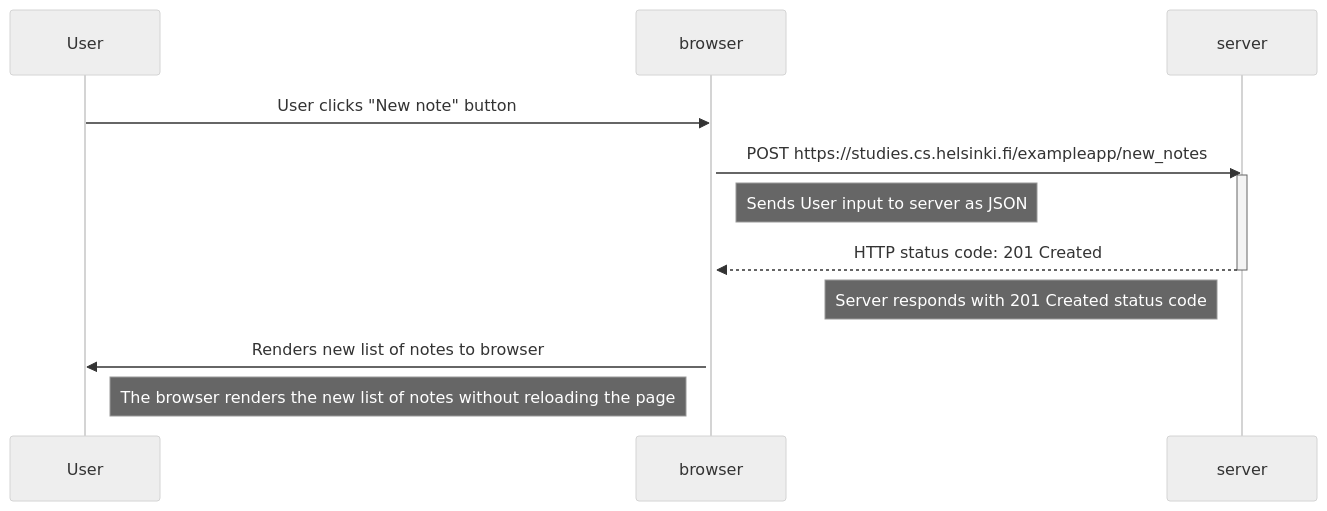
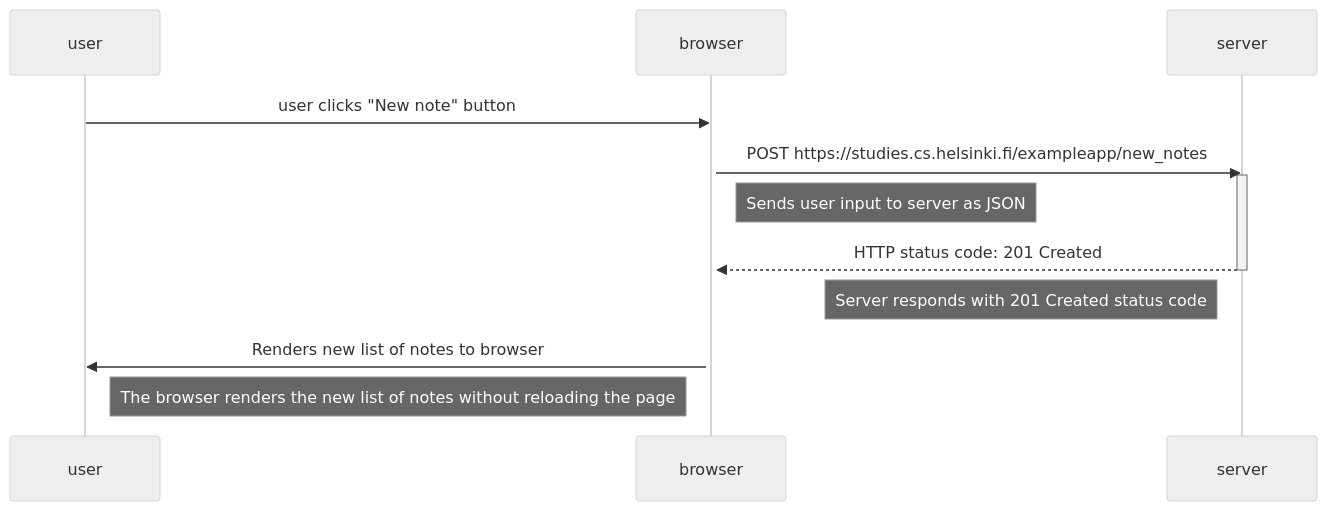
Before and after one commit to Faisal-Mahmud-Anik-1/fullstack-open-2023: the diagram in part0/0.6-exercise.md, drawn with Mermaid (neutral theme). The commit also changed other lines of this file and 3 other files, not shown here.

````diff
--- a/part0/0.6-exercise.md
+++ b/part0/0.6-exercise.md
@@ -1,23 +3,23 @@
 ```mermaid
 sequenceDiagram
-    participant User
+    participant user
     participant browser
     participant server
 
-    User->>browser: User clicks "New note" button
+    user->>browser: user clicks "New note" button
     activate browser
     browser->>server: POST https://studies.cs.helsinki.fi/exampleapp/new_notes
     activate server
-    Note right of browser: Sends User input to server as JSON
+    Note right of browser: Sends user input to server as JSON
     server-->>browser: HTTP status code: 201 Created
     deactivate server
     Note left of server: Server responds with 201 Created status code
 
-    browser->>User: Renders new list of notes to browser
+    browser->>user: Renders new list of notes to browser
     Note left of browser: The browser renders the new list of notes without reloading the page
 
 
 
 
 
 ```
````
